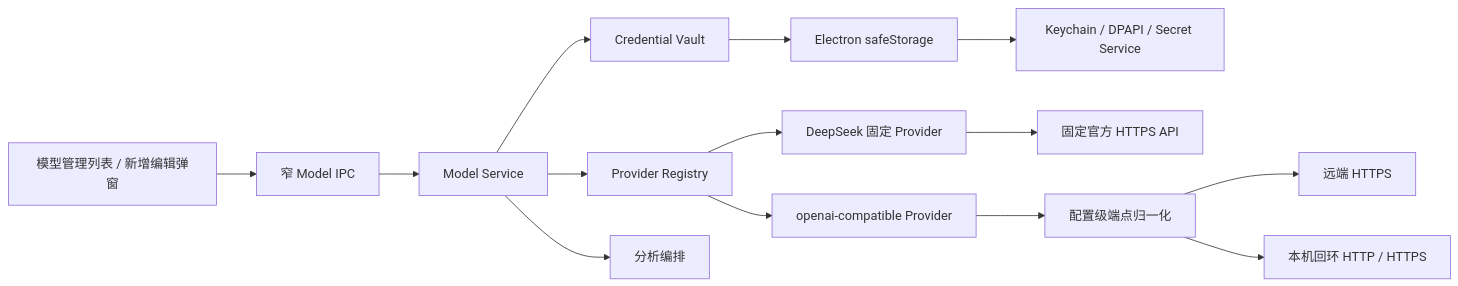
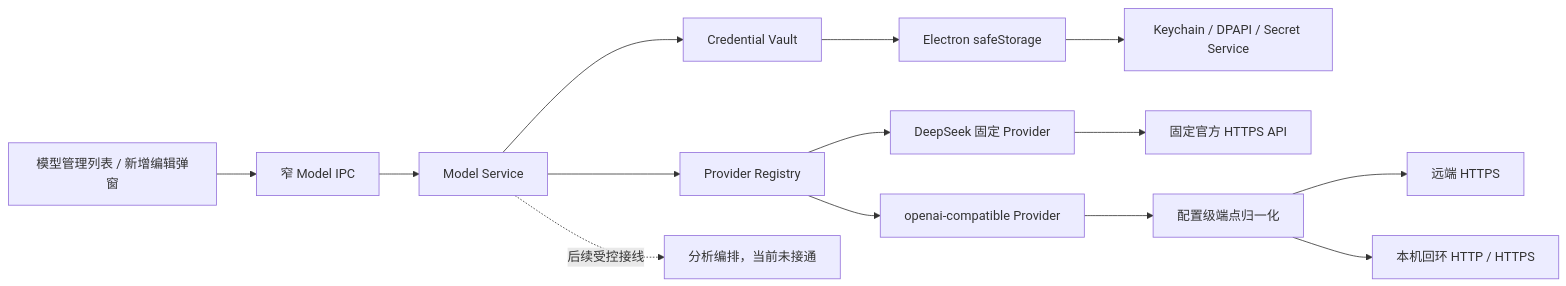
One commit to wzhic/material changed the first of 2 diagrams in docs/development/模型接入与安全存储-DEV-0010-v1.0.md. Above: the diagram before and after it, drawn with Mermaid. The commit also changed other lines of this file and 4 other files, not shown here.

````diff
--- a/docs/development/模型接入与安全存储-DEV-0010-v1.0.md
+++ b/docs/development/模型接入与安全存储-DEV-0010-v1.0.md
@@ -24,16 +26,16 @@
 ```mermaid
 flowchart LR
     UI[模型管理列表 / 新增编辑弹窗] --> IPC[窄 Model IPC]
     IPC --> SERVICE[Model Service]
     SERVICE --> VAULT[Credential Vault]
     VAULT --> SAFE[Electron safeStorage]
     SAFE --> OS[Keychain / DPAPI / Secret Service]
     SERVICE --> REG[Provider Registry]
     REG --> DS[DeepSeek 固定 Provider]
     REG --> CUSTOM[openai-compatible Provider]
     DS --> DSAPI[固定官方 HTTPS API]
     CUSTOM --> NORMALIZE[配置级端点归一化]
     NORMALIZE --> REMOTE[远端 HTTPS]
     NORMALIZE --> LOOPBACK[本机回环 HTTP / HTTPS]
-    SERVICE --> ANALYSIS[分析编排]
+    SERVICE -. 后续受控接线 .-> ANALYSIS[分析编排，当前未接通]
 ```
````
